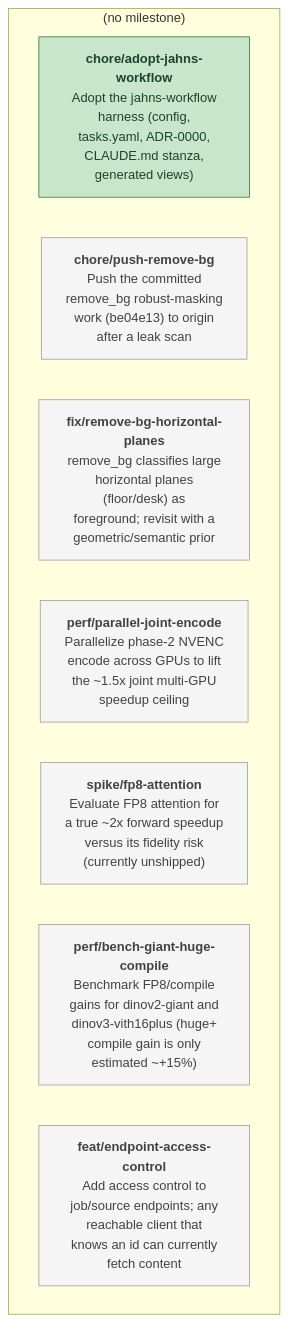
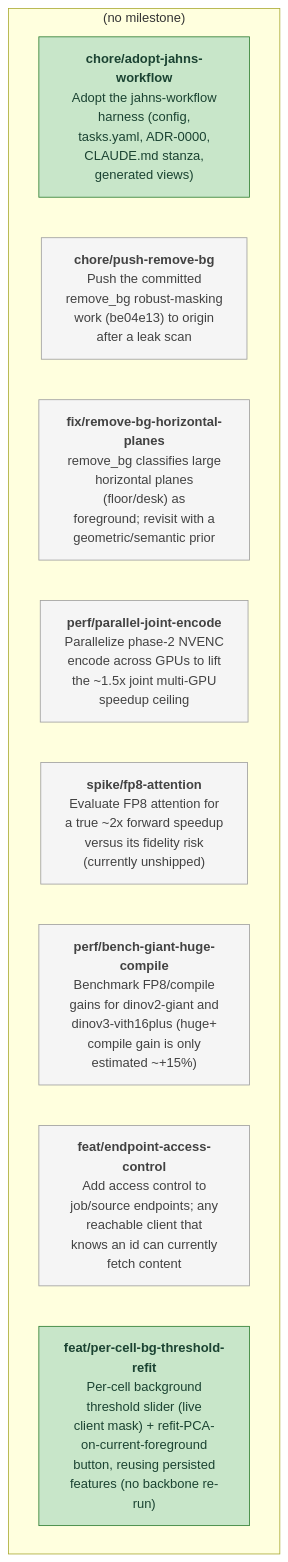
One commit to Dev-Jahn/repvis changed the diagram in ROADMAP.md. Above: the diagram before and after it, drawn with Mermaid. The commit also changed other lines of this file and 7 other files, not shown here.

First line of the commit message:
feat: per-cell background threshold slider + refit-on-foreground

````diff
--- a/ROADMAP.md
+++ b/ROADMAP.md
@@ -7,19 +7,20 @@
 ```mermaid
 flowchart TD
     subgraph backlog["(no milestone)"]
         chore_adopt_jahns_workflow["<b>chore/adopt-jahns-workflow</b><br/>Adopt the jahns-workflow<br/>harness (config,<br/>tasks.yaml, ADR-0000,<br/>CLAUDE.md stanza,<br/>generated views)"]
         chore_push_remove_bg["<b>chore/push-remove-bg</b><br/>Push the committed<br/>remove_bg robust-masking<br/>work (be04e13) to origin<br/>after a leak scan"]
         fix_remove_bg_horizontal_planes["<b>fix/remove-bg-horizontal-planes</b><br/>remove_bg classifies large<br/>horizontal planes<br/>(floor/desk) as<br/>foreground; revisit with a<br/>geometric/semantic prior"]
         perf_parallel_joint_encode["<b>perf/parallel-joint-encode</b><br/>Parallelize phase-2 NVENC<br/>encode across GPUs to lift<br/>the ~1.5x joint multi-GPU<br/>speedup ceiling"]
         spike_fp8_attention["<b>spike/fp8-attention</b><br/>Evaluate FP8 attention for<br/>a true ~2x forward speedup<br/>versus its fidelity risk<br/>(currently unshipped)"]
         perf_bench_giant_huge_compile["<b>perf/bench-giant-huge-compile</b><br/>Benchmark FP8/compile<br/>gains for dinov2-giant and<br/>dinov3-vith16plus (huge+<br/>compile gain is only<br/>estimated ~+15%)"]
         feat_endpoint_access_control["<b>feat/endpoint-access-control</b><br/>Add access control to<br/>job/source endpoints; any<br/>reachable client that<br/>knows an id can currently<br/>fetch content"]
+        feat_per_cell_bg_threshold_refit["<b>feat/per-cell-bg-threshold-refit</b><br/>Per-cell background<br/>threshold slider (live<br/>client mask) + refit-PCA-<br/>on-current-foreground<br/>button, reusing persisted<br/>features (no backbone re-<br/>run)"]
     end
     classDef pending fill:#f5f5f5,stroke:#9e9e9e,color:#424242
     classDef active fill:#bbdefb,stroke:#1565c0,color:#0d2b56,stroke-width:2px
     classDef blocked fill:#ffcdd2,stroke:#c62828,color:#7f1d1d
     classDef done fill:#c8e6c9,stroke:#2e7d32,color:#1b4332
     classDef dropped fill:#eeeeee,stroke:#bdbdbd,color:#9e9e9e,stroke-dasharray: 4 4
-    class chore_adopt_jahns_workflow done
+    class chore_adopt_jahns_workflow,feat_per_cell_bg_threshold_refit done
     class chore_push_remove_bg,fix_remove_bg_horizontal_planes,perf_parallel_joint_encode,spike_fp8_attention,perf_bench_giant_huge_compile,feat_endpoint_access_control pending
 ```
````
